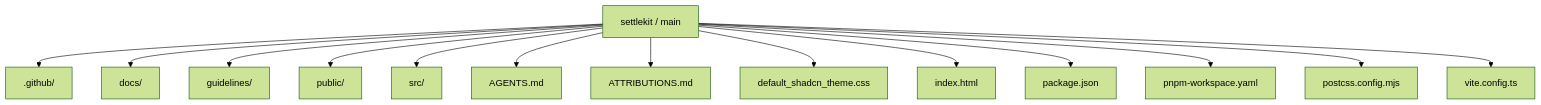
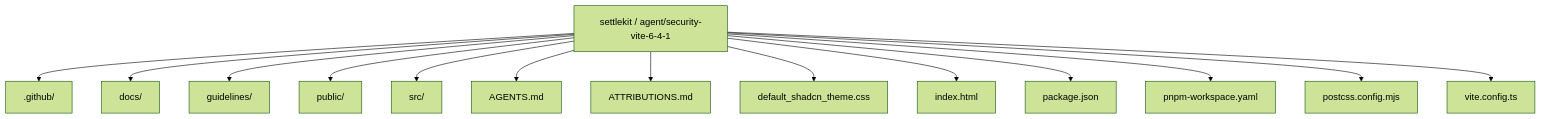
Before and after one commit to Nischhalsubba/settlekit: the first of 6 diagrams in README.md, drawn with Mermaid (forest theme). The commit also changed other lines of this file, not shown here.

````diff
--- a/README.md
+++ b/README.md
@@ -56,17 +56,17 @@
 ```mermaid
 flowchart TD
-    ROOT["settlekit / main"]
+    ROOT["settlekit / agent/security-vite-6-4-1"]
     ROOT --> P0[".github/"]
     ROOT --> P1["docs/"]
     ROOT --> P2["guidelines/"]
     ROOT --> P3["public/"]
     ROOT --> P4["src/"]
     ROOT --> P5["AGENTS.md"]
     ROOT --> P6["ATTRIBUTIONS.md"]
     ROOT --> P7["default_shadcn_theme.css"]
     ROOT --> P8["index.html"]
     ROOT --> P9["package.json"]
     ROOT --> P10["pnpm-workspace.yaml"]
     ROOT --> P11["postcss.config.mjs"]
     ROOT --> P12["vite.config.ts"]
 ```
````
